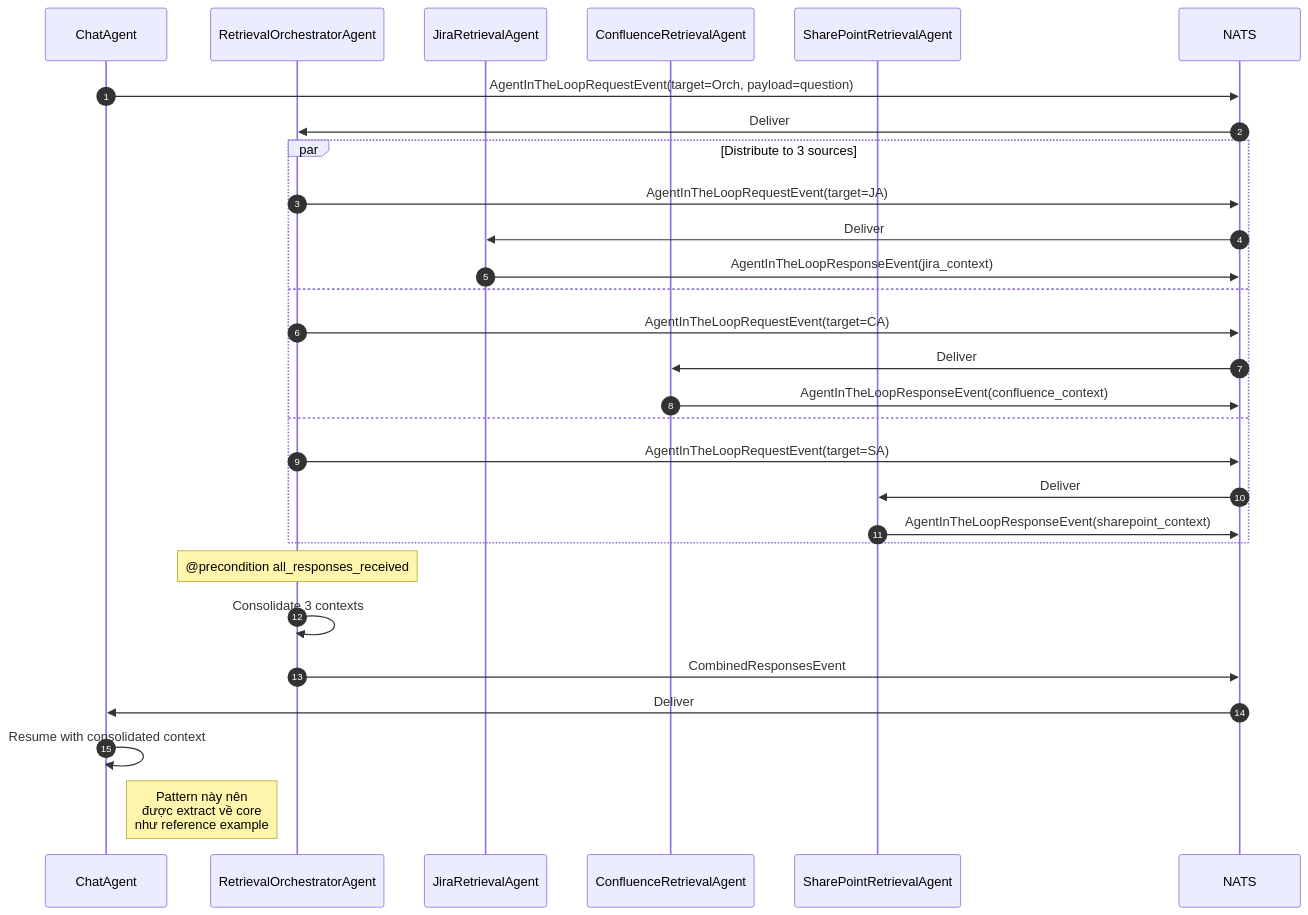
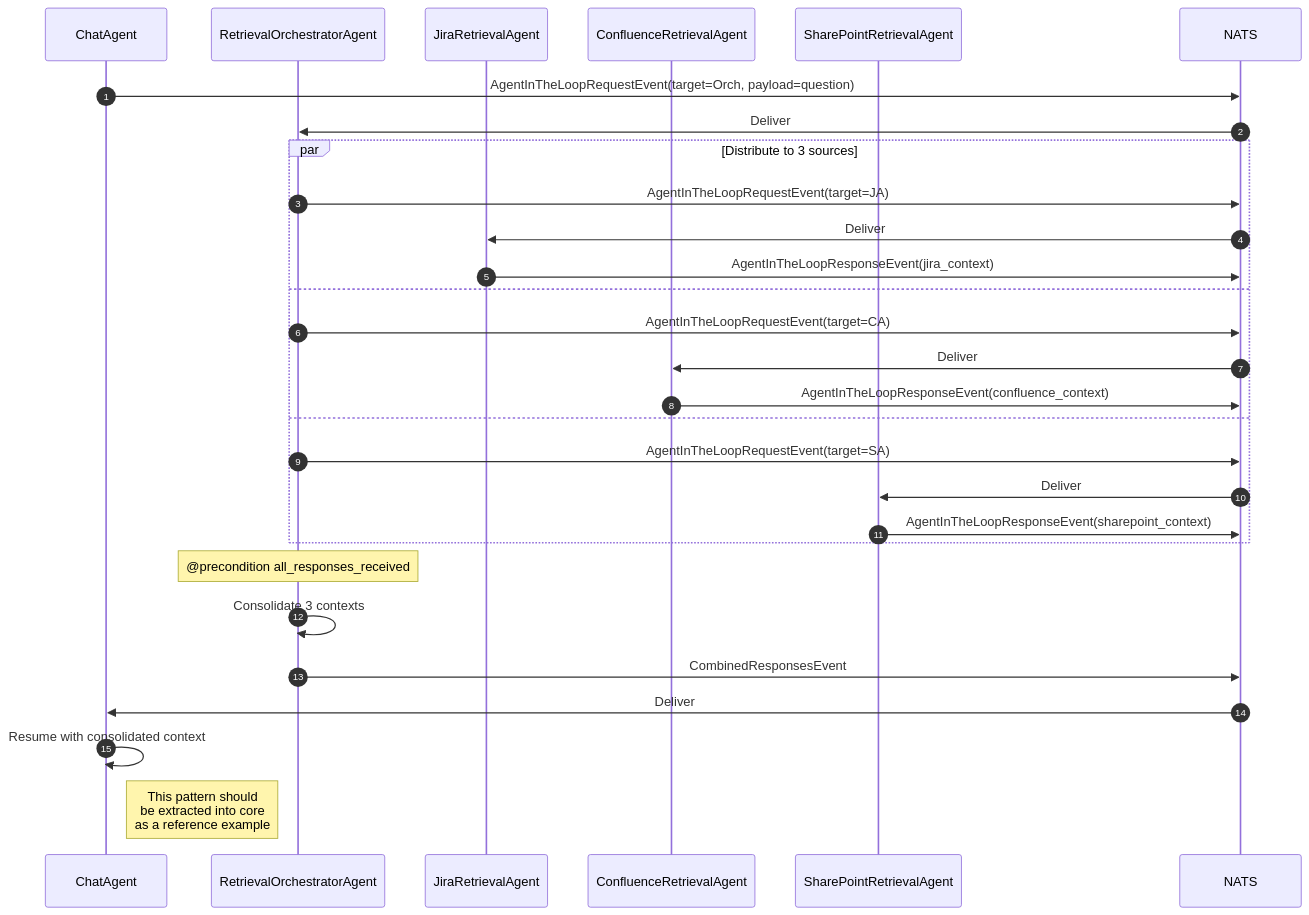
One commit to bbvch-ai/aihub-core changed diagram 12 of 18 in docs/arc42/review-2026-05/03_c4_diagrams.md. Above: the diagram before and after it, drawn with Mermaid. The commit also changed other lines of this file and 33 other files, not shown here.

Commit message:
chore(docs): update c4 diagrams

````diff
--- a/docs/arc42/review-2026-05/03_c4_diagrams.md
+++ b/docs/arc42/review-2026-05/03_c4_diagrams.md
@@ -765,35 +766,35 @@
 ```mermaid
 sequenceDiagram
     autonumber
     participant Chat as ChatAgent
     participant Orch as RetrievalOrchestratorAgent
     participant JA as JiraRetrievalAgent
     participant CA as ConfluenceRetrievalAgent
     participant SA as SharePointRetrievalAgent
     participant NATS as NATS
 
     Chat->>NATS: AgentInTheLoopRequestEvent(target=Orch, payload=question)
     NATS->>Orch: Deliver
     
     par Distribute to 3 sources
         Orch->>NATS: AgentInTheLoopRequestEvent(target=JA)
         NATS->>JA: Deliver
         JA->>NATS: AgentInTheLoopResponseEvent(jira_context)
     and
         Orch->>NATS: AgentInTheLoopRequestEvent(target=CA)
         NATS->>CA: Deliver
         CA->>NATS: AgentInTheLoopResponseEvent(confluence_context)
     and
         Orch->>NATS: AgentInTheLoopRequestEvent(target=SA)
         NATS->>SA: Deliver
         SA->>NATS: AgentInTheLoopResponseEvent(sharepoint_context)
     end
 
     Note over Orch: @precondition all_responses_received
     Orch->>Orch: Consolidate 3 contexts
     Orch->>NATS: CombinedResponsesEvent
     NATS->>Chat: Deliver
     Chat->>Chat: Resume with consolidated context
 
-    Note right of Chat: Pattern này nên<br/>được extract về core<br/>như reference example
+    Note right of Chat: This pattern should<br/>be extracted into core<br/>as a reference example
 ```
````
